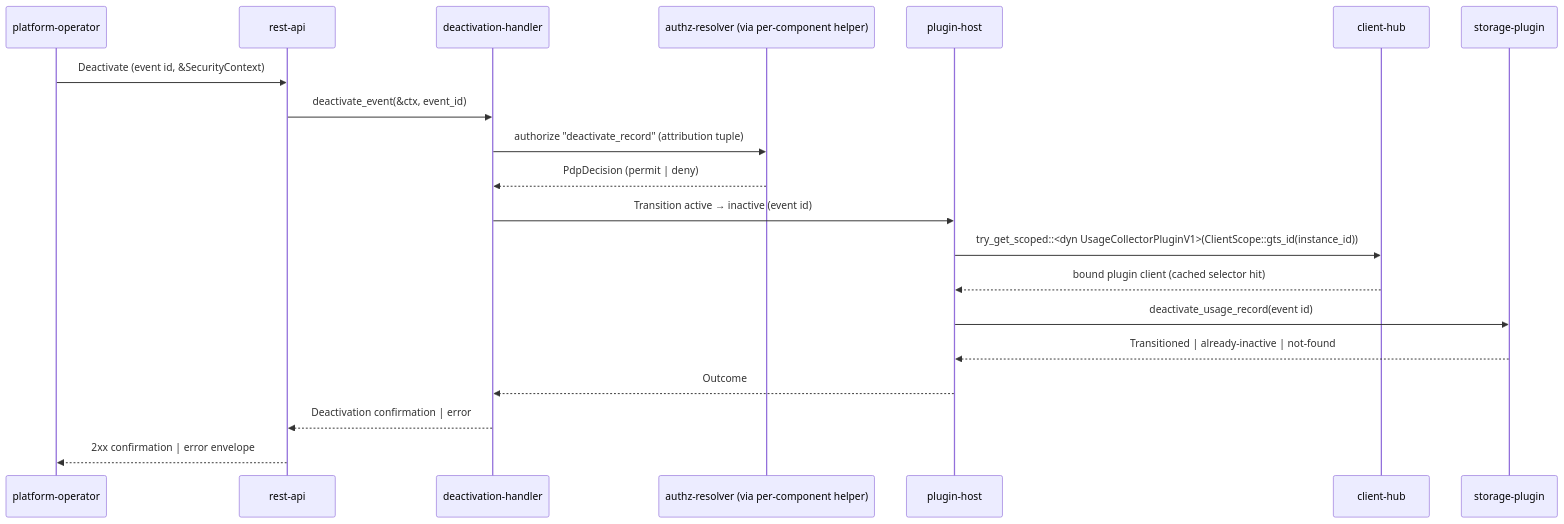
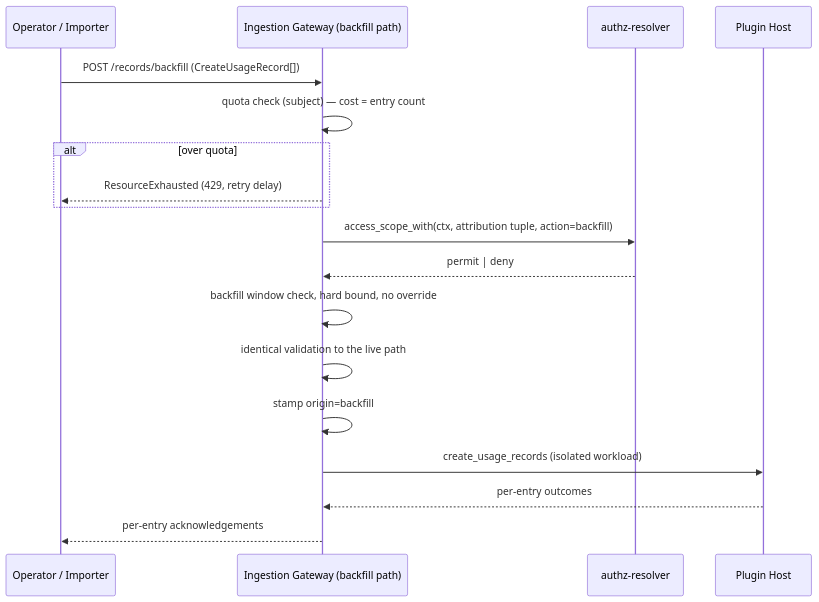
Before and after one commit to Andrei-Iliushin-Constructor/gears-rust: the eighth of 8 diagrams in gears/system/usage-collector/docs/DESIGN.md, drawn with Mermaid. The commit also changed other lines of this file and 38 other files, not shown here.

First line of the commit message:
docs(usage-collector)!: rework the metering model

````diff
--- a/gears/system/usage-collector/docs/DESIGN.md
+++ b/gears/system/usage-collector/docs/DESIGN.md
@@ -929,22 +1806,21 @@
 ```mermaid
 sequenceDiagram
-    participant Operator as platform-operator
-    participant Surface as rest-api
-    participant DH as deactivation-handler
-    participant PDP as authz-resolver (via per-component helper)
-    participant PH as plugin-host
-    participant Hub as client-hub
-    participant SP as storage-plugin
-    Operator ->> Surface: Deactivate (event id, &SecurityContext)
-    Surface ->> DH: deactivate_event(&ctx, event_id)
-    DH ->> PDP: authorize "deactivate_record" (attribution tuple)
-    PDP -->> DH: PdpDecision (permit | deny)
-    DH ->> PH: Transition active → inactive (event id)
-    PH ->> Hub: try_get_scoped::<dyn UsageCollectorPluginV1>(ClientScope::gts_id(instance_id))
-    Hub -->> PH: bound plugin client (cached selector hit)
-    PH ->> SP: deactivate_usage_record(event id)
-    SP -->> PH: Transitioned | already-inactive | not-found
-    PH -->> DH: Outcome
-    DH -->> Surface: Deactivation confirmation | error
-    Surface -->> Operator: 2xx confirmation | error envelope
+    participant O as Operator / Importer
+    participant IG as Ingestion Gateway (backfill path)
+    participant PDP as authz-resolver
+    participant PH as Plugin Host
+
+    O->>IG: POST /records/backfill (CreateUsageRecord[])
+    IG->>IG: quota check (subject) — cost = entry count
+    alt over quota
+        IG-->>O: ResourceExhausted (429, retry delay)
+    end
+    IG->>PDP: access_scope_with(ctx, attribution tuple, action=backfill)
+    PDP-->>IG: permit | deny
+    IG->>IG: backfill window check, hard bound, no override
+    IG->>IG: identical validation to the live path
+    IG->>IG: stamp origin=backfill
+    IG->>PH: create_usage_records (isolated workload)
+    PH-->>IG: per-entry outcomes
+    IG-->>O: per-entry acknowledgements
 ```
````
